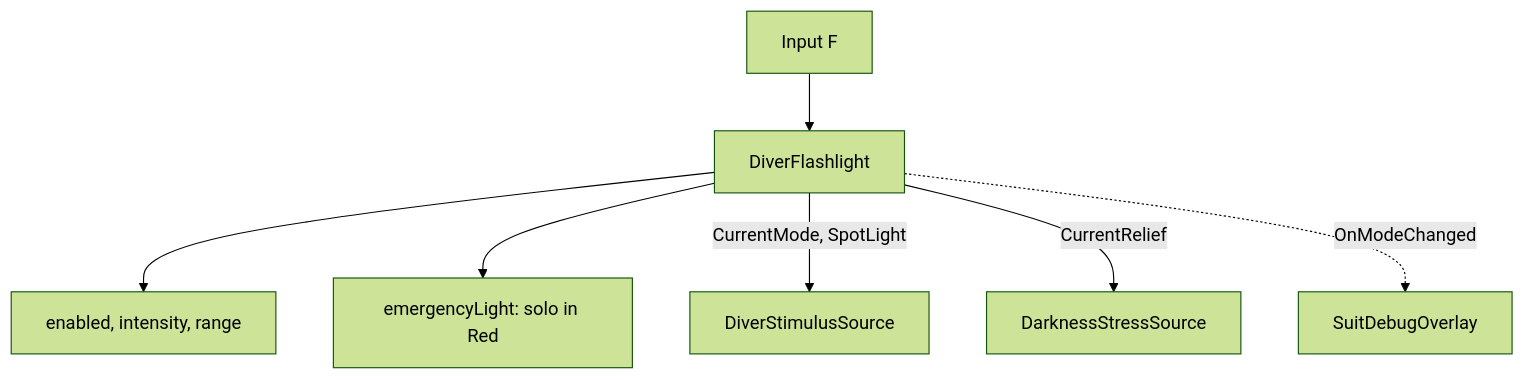
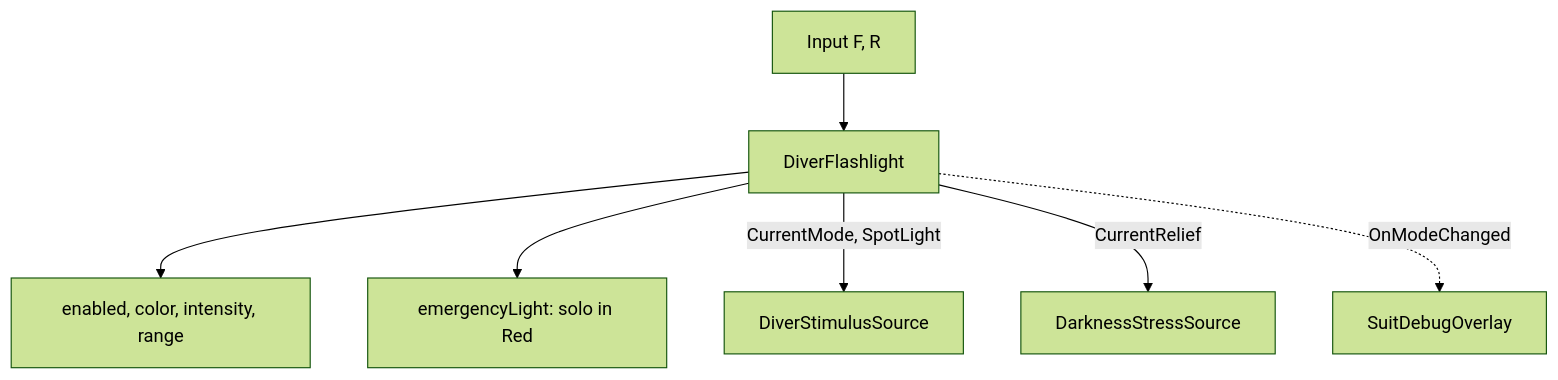
The diagram in documentation/Flashlight.md (Fr3nezy/Project_Deep), drawn with Mermaid (forest theme) before and after one commit. The commit also changed other lines of this file and 65 other files, not shown here.

````diff
--- a/documentation/Flashlight.md
+++ b/documentation/Flashlight.md
@@ -24,9 +25,9 @@
 ```mermaid
 flowchart TD
-    Input[Input F] --> Flashlight[DiverFlashlight]
-    Flashlight --> Light[enabled, intensity, range]
+    Input[Input F, R] --> Flashlight[DiverFlashlight]
+    Flashlight --> Light[enabled, color, intensity, range]
     Flashlight --> Emergency[emergencyLight: solo in Red]
     Flashlight -->|CurrentMode, SpotLight| Stimuli[DiverStimulusSource]
     Flashlight -->|CurrentRelief| Darkness[DarknessStressSource]
     Flashlight -.->|OnModeChanged| Overlay[SuitDebugOverlay]
 ```
````
